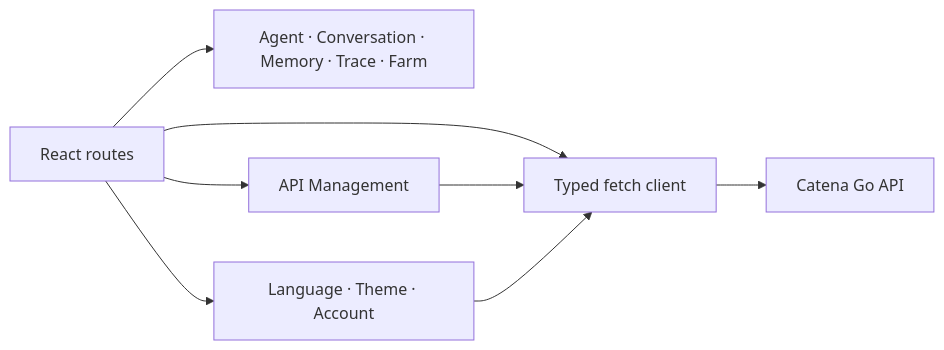
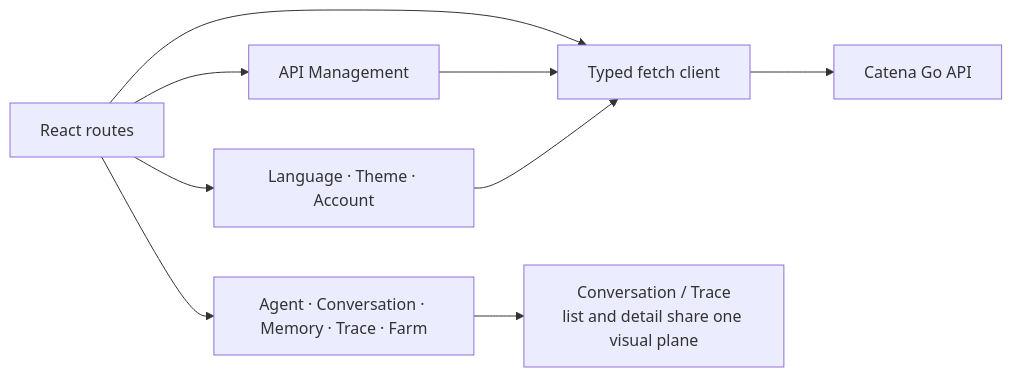
Before and after one commit to fightheyyy/CATENA: the first of 2 diagrams in catena-web/SPEC.md, drawn with Mermaid. The commit also changed other lines of this file and 20 other files, not shown here.

````diff
--- a/catena-web/SPEC.md
+++ b/catena-web/SPEC.md
@@ -12,10 +12,11 @@
 ```mermaid
 flowchart LR
     Routes["React routes"] --> API["Typed fetch client"]
     API --> Go["Catena Go API"]
     Routes --> Views["Agent · Conversation · Memory · Trace · Farm"]
+    Views --> Flat["Conversation / Trace<br/>list and detail share one visual plane"]
     Routes --> Keys["API Management"]
     Keys --> API
     Routes --> Settings["Language · Theme · Account"]
     Settings --> API
 ```
````
